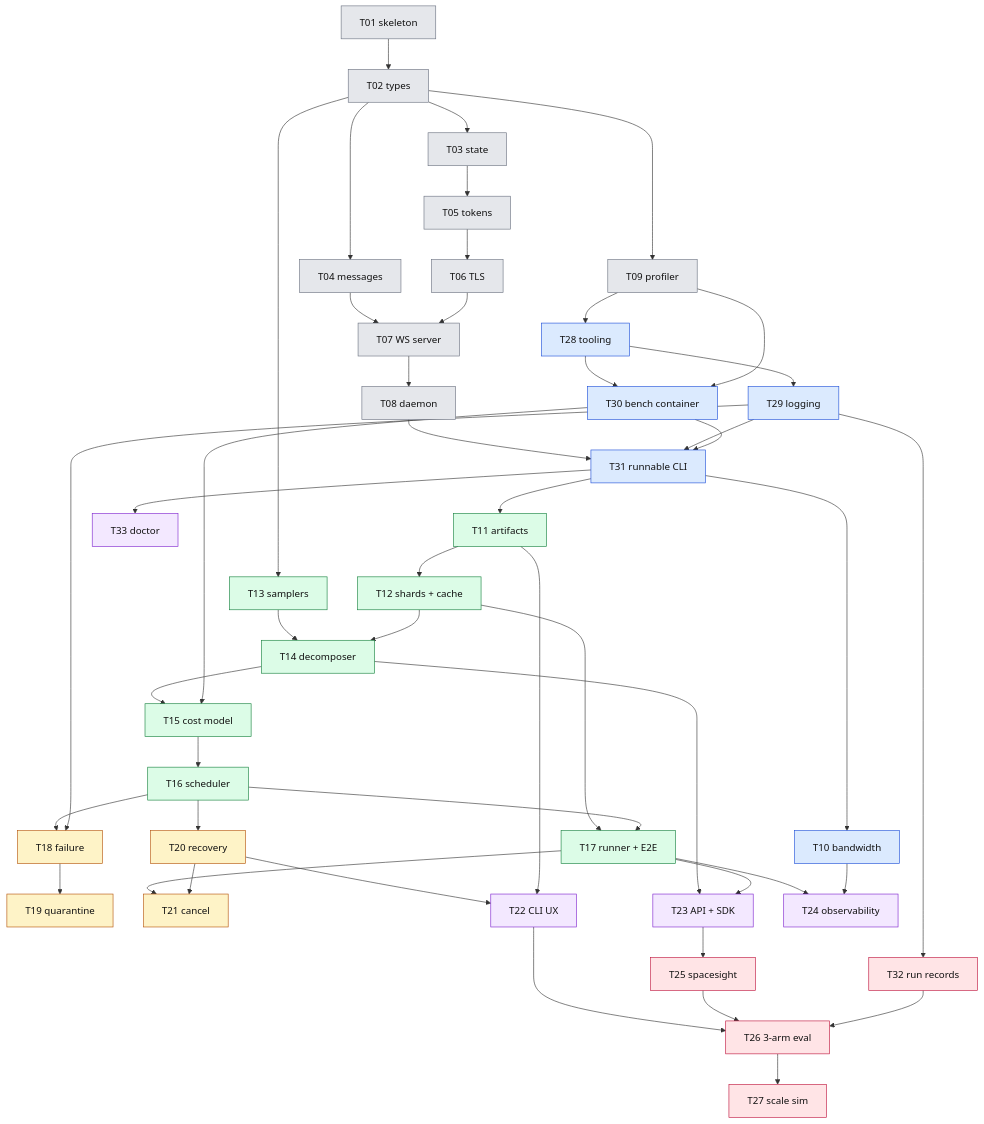
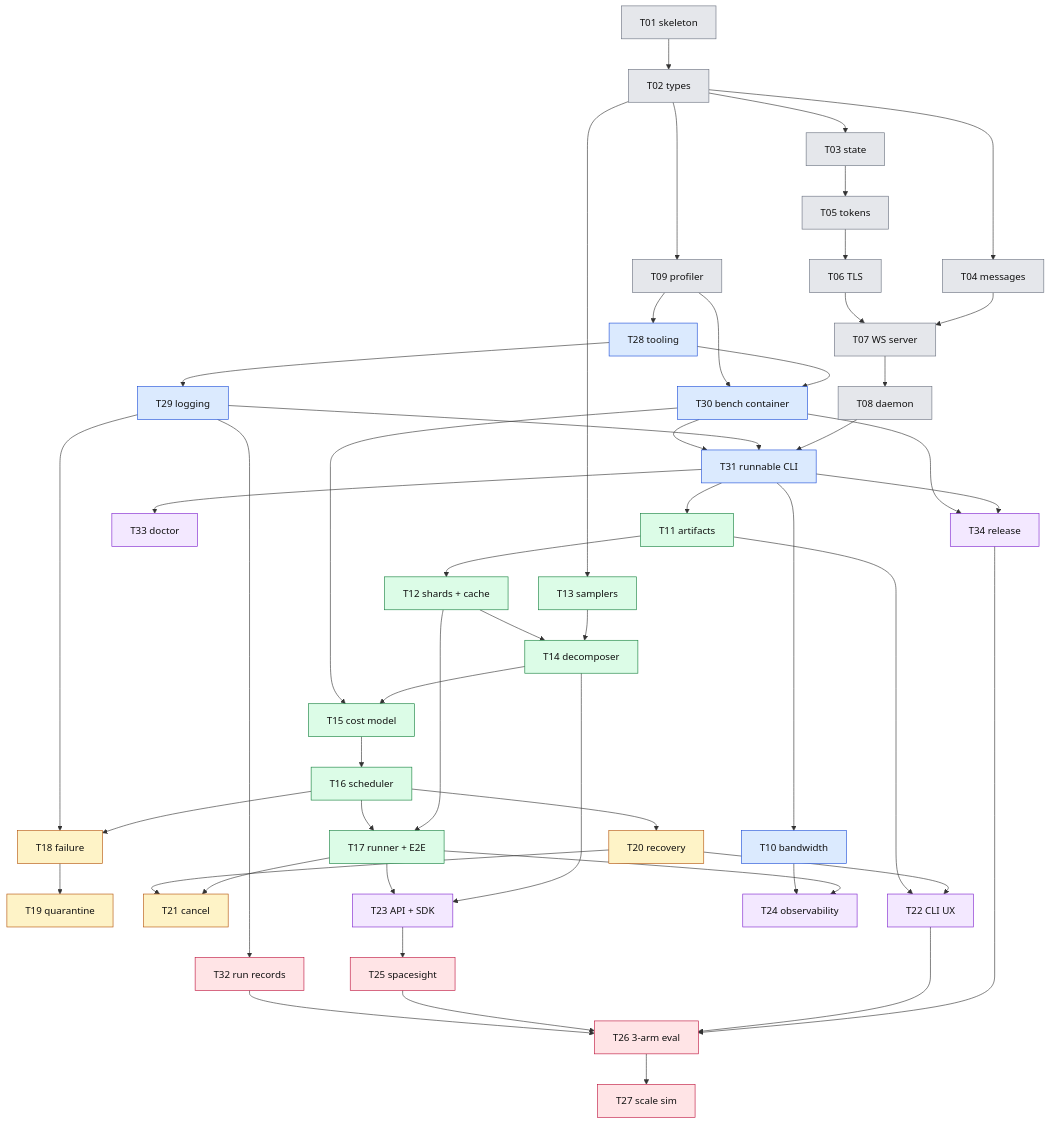
Before and after one commit to Premity/Compute4Me: the diagram in docs/plan.md, drawn with Mermaid. The commit also changed other lines of this file and 9 other files, not shown here.

````diff
--- a/docs/plan.md
+++ b/docs/plan.md
@@ -70,68 +71,71 @@
 ```mermaid
 flowchart TB
     classDef done fill:#e5e7eb,stroke:#6b7280,color:#111
     classDef p1 fill:#dbeafe,stroke:#1d4ed8,color:#111
     classDef p2 fill:#dcfce7,stroke:#15803d,color:#111
     classDef p3 fill:#fef3c7,stroke:#b45309,color:#111
     classDef p4 fill:#f3e8ff,stroke:#7e22ce,color:#111
     classDef p5 fill:#ffe4e6,stroke:#be123c,color:#111
 
     T01[T01 skeleton] --> T02[T02 types]
     T02 --> T03[T03 state]
     T02 --> T04[T04 messages]
     T03 --> T05[T05 tokens]
     T05 --> T06[T06 TLS]
     T04 --> T07[T07 WS server]
     T06 --> T07
     T07 --> T08[T08 daemon]
     T02 --> T09[T09 profiler]
 
     T09 --> T28[T28 tooling]
     T28 --> T29[T29 logging]
     T28 --> T30[T30 bench container]
     T09 --> T30
     T08 --> T31[T31 runnable CLI]
     T29 --> T31
     T30 --> T31
     T31 --> T10[T10 bandwidth]
 
     T31 --> T11[T11 artifacts]
     T11 --> T12[T12 shards + cache]
     T02 --> T13[T13 samplers]
     T13 --> T14[T14 decomposer]
     T12 --> T14
     T14 --> T15
     T30 --> T15[T15 cost model]
     T15 --> T16[T16 scheduler]
     T12 --> T17[T17 runner + E2E]
     T16 --> T17
 
     T16 --> T18[T18 failure]
     T29 --> T18
     T18 --> T19[T19 quarantine]
     T16 --> T20[T20 recovery]
     T17 --> T21[T21 cancel]
     T20 --> T21
 
     T20 --> T22[T22 CLI UX]
     T11 --> T22
     T14 --> T23[T23 API + SDK]
     T17 --> T23
     T17 --> T24[T24 observability]
     T10 --> T24
     T31 --> T33[T33 doctor]
+    T31 --> T34[T34 release]
+    T30 --> T34
+    T34 --> T26
 
     T29 --> T32[T32 run records]
     T23 --> T25[T25 spacesight]
     T22 --> T26[T26 3-arm eval]
     T25 --> T26
     T32 --> T26
     T26 --> T27[T27 scale sim]
 
     class T01,T02,T03,T04,T05,T06,T07,T08,T09 done
     class T28,T29,T30,T31,T10 p1
     class T11,T12,T13,T14,T15,T16,T17 p2
     class T18,T19,T20,T21 p3
-    class T22,T23,T24,T33 p4
+    class T22,T23,T24,T33,T34 p4
     class T32,T25,T26,T27 p5
 ```
````
